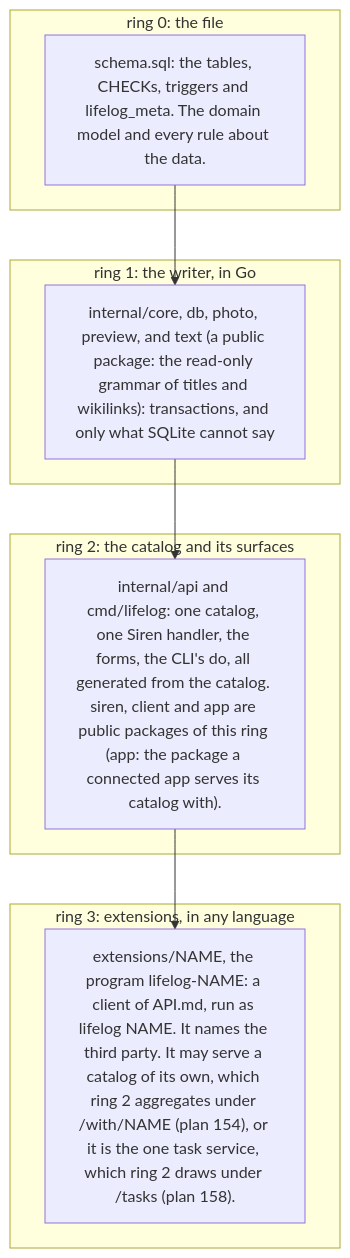
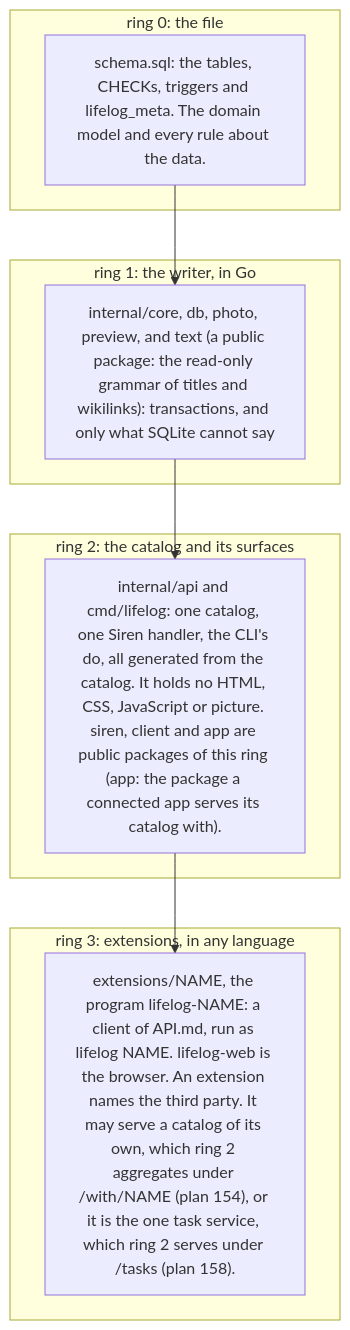
One commit to alexradunet/aminte changed the first of 2 diagrams in AGENTS.md. Above: the diagram before and after it, drawn with Mermaid. The commit also changed other lines of this file and 13 other files, not shown here.

First line of the commit message:
plan 161, stage 3: the pages say the current truth after the browser leaves the core

````diff
--- a/AGENTS.md
+++ b/AGENTS.md
@@ -156,16 +162,16 @@
 ```mermaid
 flowchart TB
   subgraph R0["ring 0: the file"]
     S["schema.sql: the tables, CHECKs, triggers and lifelog_meta. The domain model and every rule about the data."]
   end
   subgraph R1["ring 1: the writer, in Go"]
     C["internal/core, db, photo, preview, and text (a public package: the read-only grammar of titles and wikilinks): transactions, and only what SQLite cannot say"]
   end
   subgraph R2["ring 2: the catalog and its surfaces"]
-    K["internal/api and cmd/lifelog: one catalog, one Siren handler, the forms, the CLI's do, all generated from the catalog. siren, client and app are public packages of this ring (app: the package a connected app serves its catalog with)."]
+    K["internal/api and cmd/lifelog: one catalog, one Siren handler, the CLI's do, all generated from the catalog. It holds no HTML, CSS, JavaScript or picture. siren, client and app are public packages of this ring (app: the package a connected app serves its catalog with)."]
   end
   subgraph R3["ring 3: extensions, in any language"]
-    X["extensions/NAME, the program lifelog-NAME: a client of API.md, run as lifelog NAME. It names the third party. It may serve a catalog of its own, which ring 2 aggregates under /with/NAME (plan 154), or it is the one task service, which ring 2 draws under /tasks (plan 158)."]
+    X["extensions/NAME, the program lifelog-NAME: a client of API.md, run as lifelog NAME. lifelog-web is the browser. An extension names the third party. It may serve a catalog of its own, which ring 2 aggregates under /with/NAME (plan 154), or it is the one task service, which ring 2 serves under /tasks (plan 158)."]
   end
   S --> C --> K --> X
 ```
````
